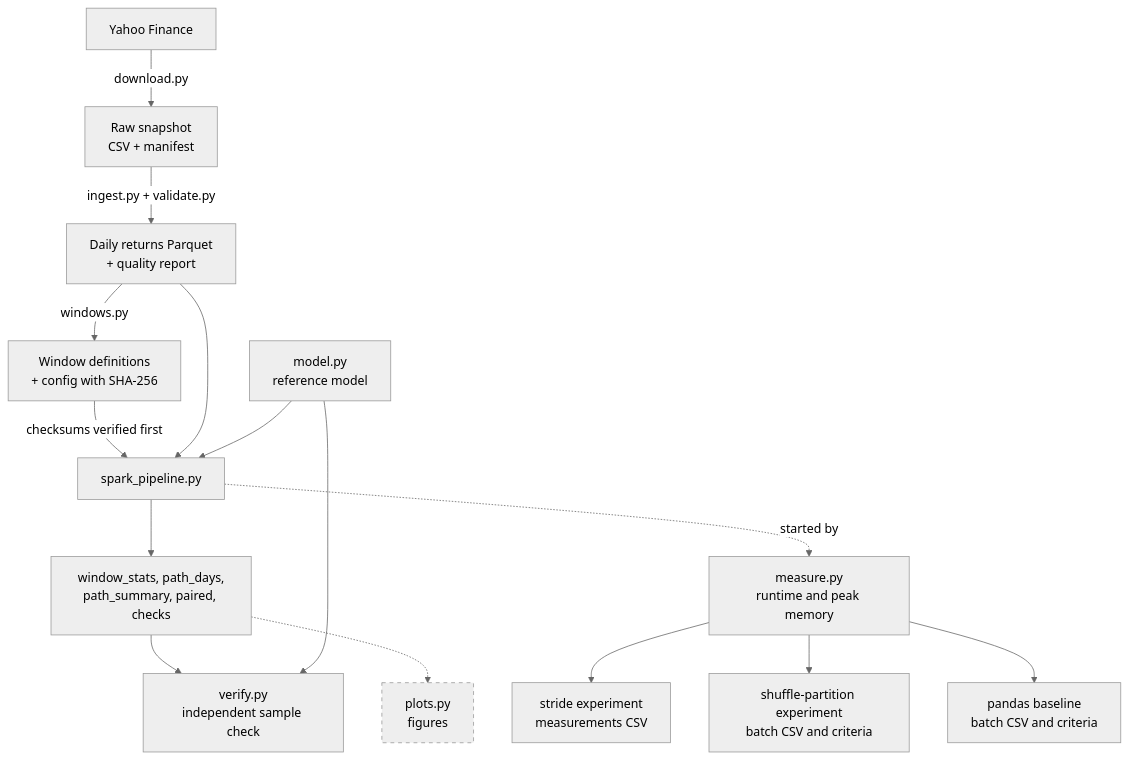
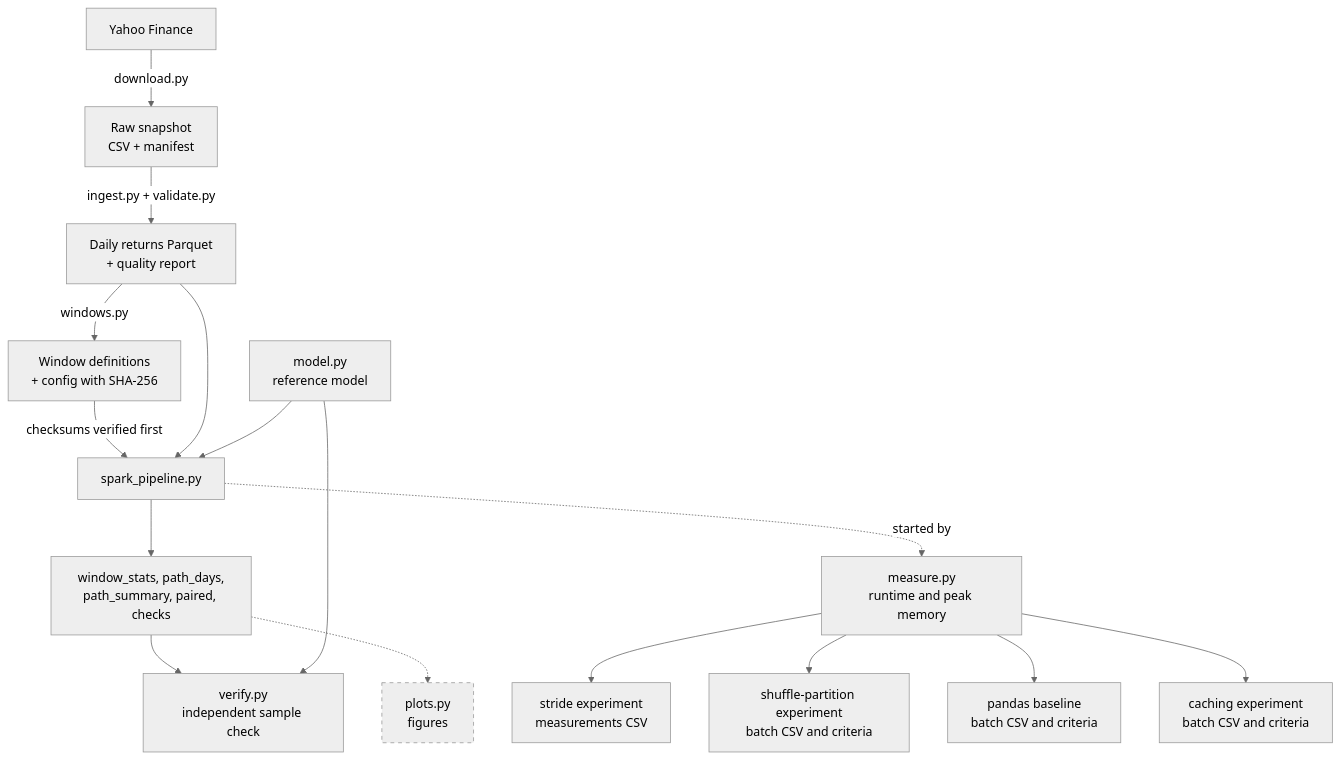
One commit to kelly-0111/leveraged-etf-risk-analytics changed the first of 2 diagrams in docs/spec.md. Above: the diagram before and after it, drawn with Mermaid (neutral theme). The commit also changed other lines of this file and 1 other file, not shown here.

First line of the commit message:
Mark the caching experiment complete in the README and spec

````diff
--- a/docs/spec.md
+++ b/docs/spec.md
@@ -177,19 +183,20 @@
 ```mermaid
 flowchart TD
     Y[Yahoo Finance] -->|download.py| R[Raw snapshot<br/>CSV + manifest]
     R -->|ingest.py + validate.py| P[Daily returns Parquet<br/>+ quality report]
     P -->|windows.py| W[Window definitions<br/>+ config with SHA-256]
     W -->|checksums verified first| S[spark_pipeline.py]
     P --> S
     M[model.py<br/>reference model] --> S
     S --> O[window_stats, path_days,<br/>path_summary, paired, checks]
     O --> V[verify.py<br/>independent sample check]
     M --> V
     S -.->|started by| B[measure.py<br/>runtime and peak memory]
     B --> E[stride experiment<br/>measurements CSV]
     B --> E2[shuffle-partition experiment<br/>batch CSV and criteria]
     B --> E3[pandas baseline<br/>batch CSV and criteria]
+    B --> E4[caching experiment<br/>batch CSV and criteria]
     O -.-> F[plots.py<br/>figures]
     classDef planned stroke-dasharray: 5 5
     class F planned
 ```
````
